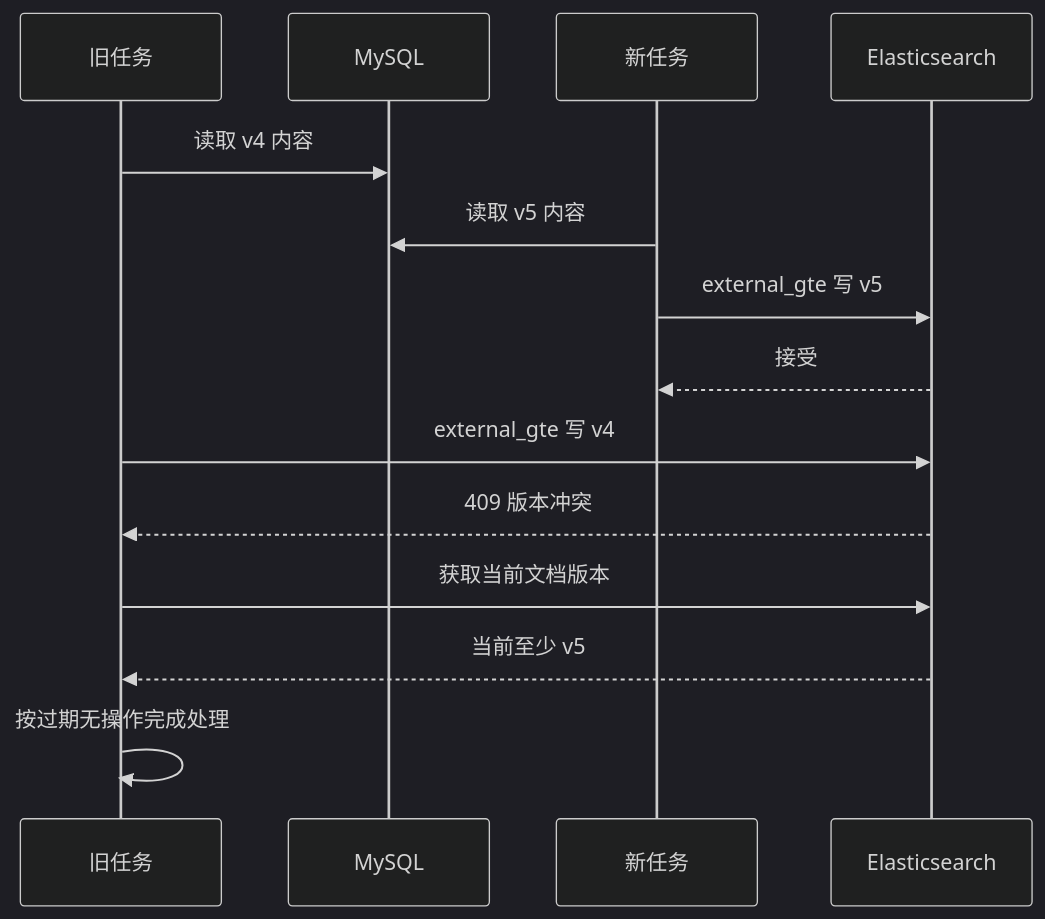
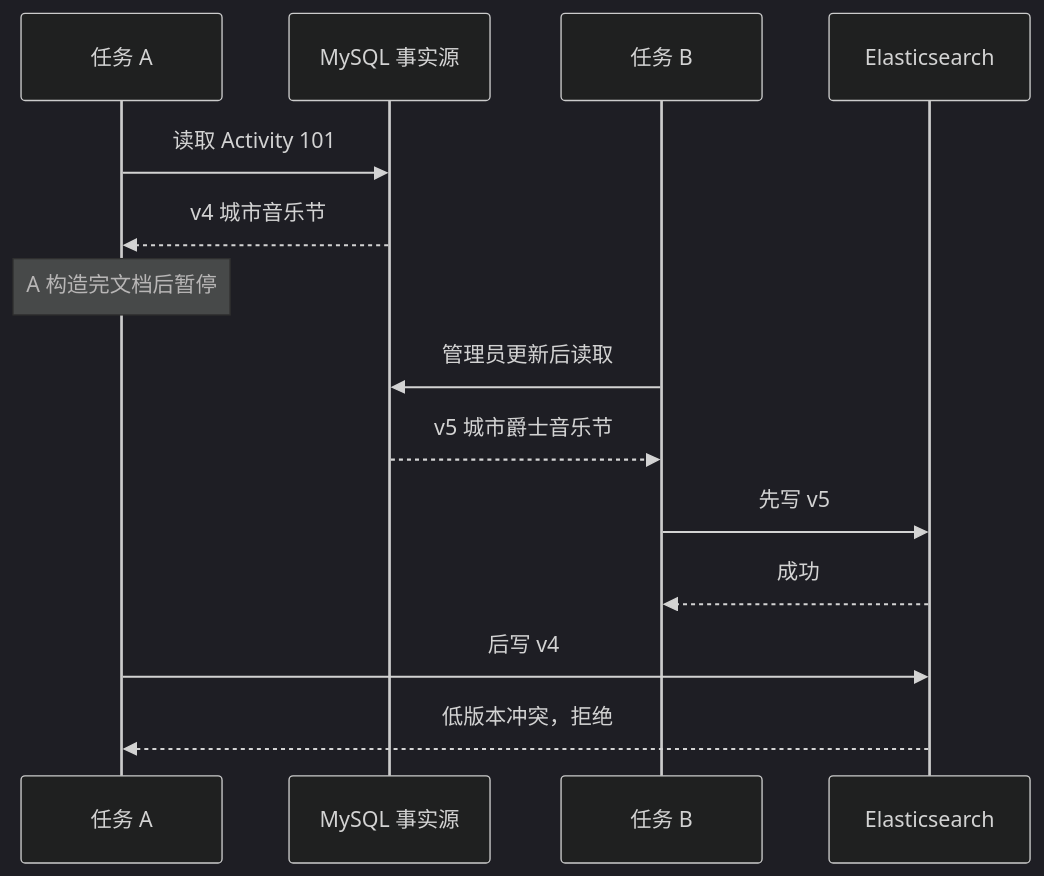
Before and after one commit to SyH-101/citypass-platform: diagram 11 of 24 in 03-全文检索与索引治理.md, drawn with Mermaid (dark theme). The commit also changed other lines of this file, not shown here.

````diff
--- a/03-全文检索与索引治理.md
+++ b/03-全文检索与索引治理.md
@@ -1185,16 +769,16 @@
 ```mermaid
 sequenceDiagram
-    participant A as 旧任务
-    participant D as MySQL
-    participant B as 新任务
-    participant E as Elasticsearch
-    A->>D: 读取 v4 内容
-    B->>D: 读取 v5 内容
-    B->>E: external_gte 写 v5
-    E-->>B: 接受
-    A->>E: external_gte 写 v4
-    E-->>A: 409 版本冲突
-    A->>E: 获取当前文档版本
-    E-->>A: 当前至少 v5
-    A->>A: 按过期无操作完成处理
+    participant A as 任务 A
+    participant DB as MySQL 事实源
+    participant B as 任务 B
+    participant ES as Elasticsearch
+    A->>DB: 读取 Activity 101
+    DB-->>A: v4 城市音乐节
+    Note over A: A 构造完文档后暂停
+    B->>DB: 管理员更新后读取
+    DB-->>B: v5 城市爵士音乐节
+    B->>ES: 先写 v5
+    ES-->>B: 成功
+    A->>ES: 后写 v4
+    ES-->>A: 低版本冲突，拒绝
 ```
````
